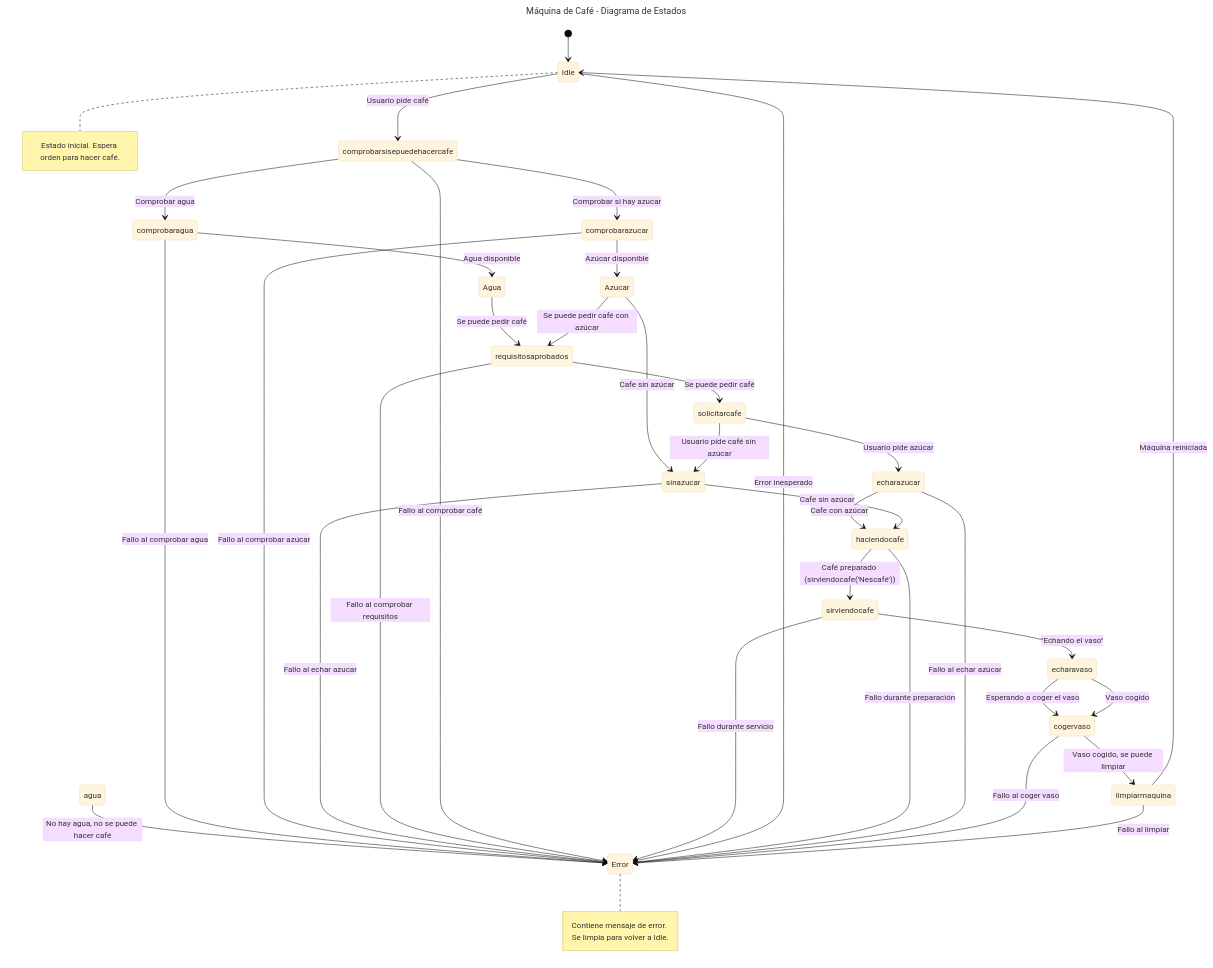
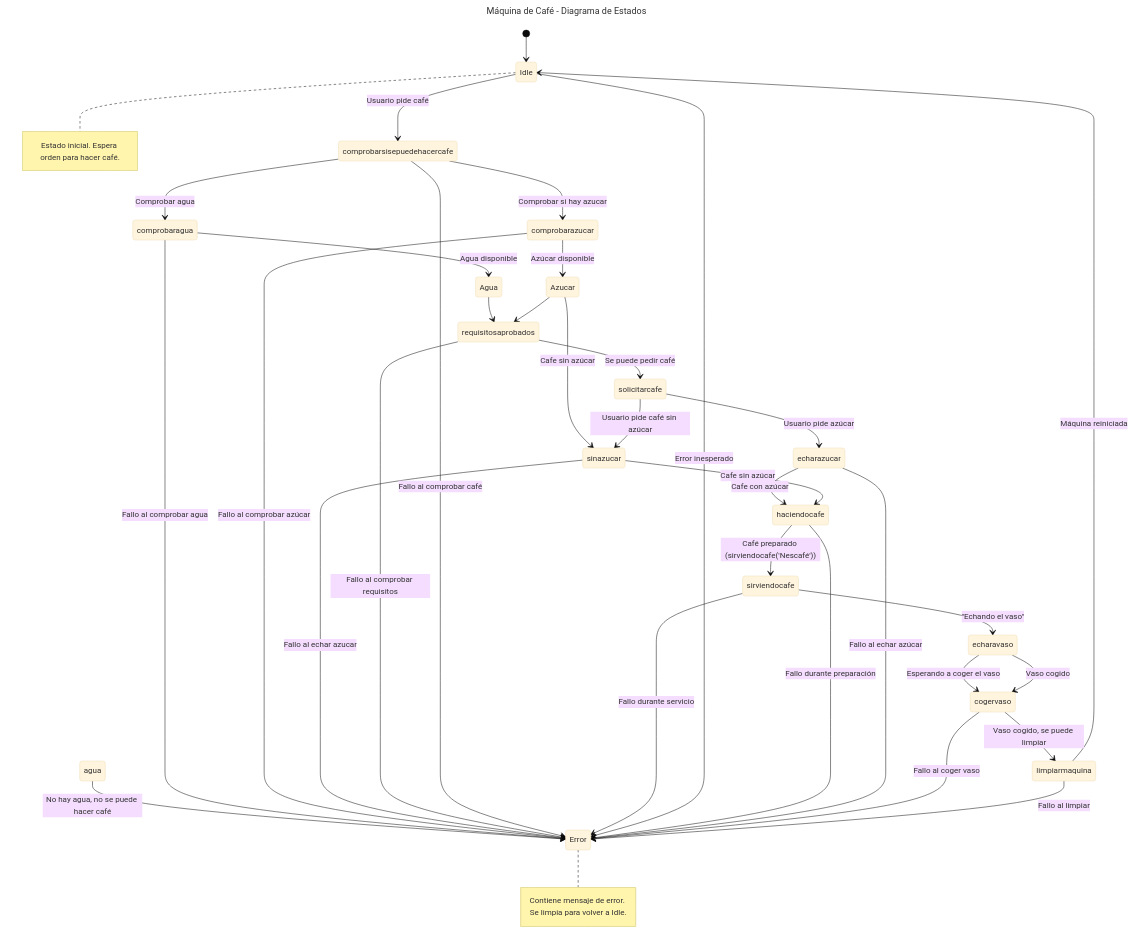
The diagram in 1trabajo/src/diagrama.mmd (shermidagre/PMDM), drawn with Mermaid (base theme) before and after one commit.

Commit message:
random para probar

```diff
--- a/1trabajo/src/diagrama.mmd
+++ b/1trabajo/src/diagrama.mmd
@@ -1,44 +1,44 @@
 ---
 title: Máquina de Café - Diagrama de Estados
 ---
 stateDiagram-v2
 [*] --> Idle
 Idle --> comprobarsisepuedehacercafe: Usuario pide café
 
 comprobarsisepuedehacercafe --> comprobaragua: Comprobar agua
 agua --> Error : No hay agua, no se puede hacer café
 comprobaragua --> Agua: Agua disponible
-Agua --> requisitosaprobados: Se puede pedir café
+Agua --> requisitosaprobados
 comprobaragua --> Error: Fallo al comprobar agua
 
 comprobarsisepuedehacercafe --> comprobarazucar : Comprobar si hay azucar
 comprobarazucar --> Azucar: Azúcar disponible
 comprobarazucar --> Error : Fallo al comprobar azúcar
-Azucar --> requisitosaprobados: Se puede pedir café con azúcar
+Azucar --> requisitosaprobados
 
 Azucar --> sinazucar: Cafe sin azúcar
 sinazucar --> Error : Fallo al echar azucar
 
 requisitosaprobados --> solicitarcafe: Se puede pedir café
 requisitosaprobados --> Error: Fallo al comprobar requisitos
 
 comprobarsisepuedehacercafe --> Error: Fallo al comprobar café
 solicitarcafe --> echarazucar: Usuario pide azúcar
 solicitarcafe --> sinazucar: Usuario pide café sin azúcar
 echarazucar --> haciendocafe: Cafe con azúcar
 sinazucar --> haciendocafe: Cafe sin azúcar
 
 haciendocafe --> sirviendocafe: Café preparado (sirviendocafe('Nescafé'))
 sirviendocafe --> Error: Fallo durante servicio
 Idle --> Error: Error inesperado
 haciendocafe --> Error: Fallo durante preparación
 echarazucar --> Error: Fallo al echar azúcar
 sirviendocafe --> echaravaso: "Echando el vaso"
 echaravaso --> cogervaso: Esperando a coger el vaso
 cogervaso --> Error: Fallo al coger vaso
 echaravaso --> cogervaso: Vaso cogido
 cogervaso --> limpiarmaquina:  Vaso cogido, se puede limpiar
 limpiarmaquina --> Idle: Máquina reiniciada
 limpiarmaquina --> Error: Fallo al limpiar
 note right of Idle: Estado inicial. Espera orden para hacer café.
 note right of Error: Contiene mensaje de error. Se limpia para volver a Idle.
```
